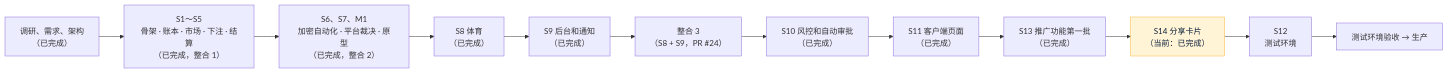
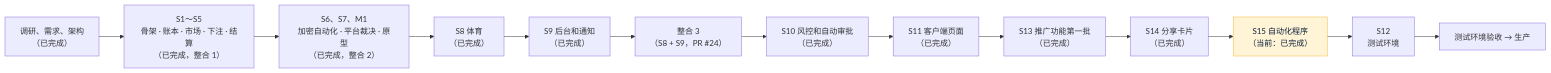
The diagram in 项目地图.md (dollar3651314/forecast), drawn with Mermaid before and after one commit. The commit also changed other lines of this file and 136 other files, not shown here.

````diff
--- a/项目地图.md
+++ b/项目地图.md
@@ -11,5 +11,5 @@
 ```mermaid
 flowchart LR
-    R["调研、需求、架构<br/>（已完成）"] --> S1["S1～S5<br/>骨架 · 账本 · 市场 · 下注 · 结算<br/>（已完成，整合 1）"] --> S6["S6、S7、M1<br/>加密自动化 · 平台裁决 · 原型<br/>（已完成，整合 2）"] --> S8["S8 体育<br/>（已完成）"] --> S9["S9 后台和通知<br/>（已完成）"] --> INT["整合 3<br/>（S8 + S9，PR #24）"] --> S10["S10 风控和自动审批<br/>（已完成）"] --> S11["S11 客户端页面<br/>（已完成）"] --> S13["S13 推广功能第一批<br/>（已完成）"] --> S14["S14 分享卡片<br/>（当前：已完成）"]:::now --> S12["S12<br/>测试环境"] --> T["测试环境验收 → 生产"]
+    R["调研、需求、架构<br/>（已完成）"] --> S1["S1～S5<br/>骨架 · 账本 · 市场 · 下注 · 结算<br/>（已完成，整合 1）"] --> S6["S6、S7、M1<br/>加密自动化 · 平台裁决 · 原型<br/>（已完成，整合 2）"] --> S8["S8 体育<br/>（已完成）"] --> S9["S9 后台和通知<br/>（已完成）"] --> INT["整合 3<br/>（S8 + S9，PR #24）"] --> S10["S10 风控和自动审批<br/>（已完成）"] --> S11["S11 客户端页面<br/>（已完成）"] --> S13["S13 推广功能第一批<br/>（已完成）"] --> S14["S14 分享卡片<br/>（已完成）"] --> S15["S15 自动化程序<br/>（当前：已完成）"]:::now --> S12["S12<br/>测试环境"] --> T["测试环境验收 → 生产"]
     classDef now fill:#FFF4D6,stroke:#F5B83D,color:#0B1F3A
 ```
````
